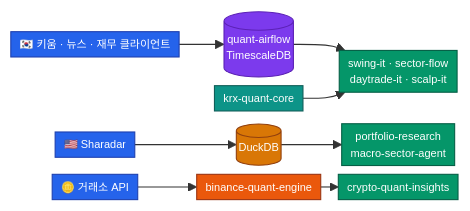
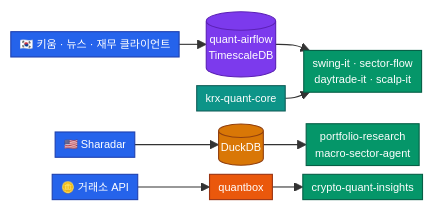
One commit to younghwan91/younghwan91 changed the diagram in README.ko.md. Above: the diagram before and after it, drawn with Mermaid. The commit also changed other lines of this file and 1 other file, not shown here.

Commit message:
docs(profile): 지운 binance-quant-engine 을 quantbox 로 — 흐름도와 크립토 줄 (영·한 동시) (#9)

````diff
--- a/README.ko.md
+++ b/README.ko.md
@@ -15,21 +15,21 @@
 ```mermaid
 %%{init: {"flowchart": {"useMaxWidth": false, "nodeSpacing": 8, "rankSpacing": 16, "padding": 4}, "themeVariables": {"fontSize": "10px"}}}%%
 flowchart LR
     K1["🇰🇷 키움 · 뉴스 · 재무 클라이언트"] --> K2[("quant-airflow<br/>TimescaleDB")] --> K3["swing-it · sector-flow<br/>daytrade-it · scalp-it"]
     KC["krx-quant-core"] --> K3
     U1["🇺🇸 Sharadar"] --> U2[("DuckDB")] --> U3["portfolio-research<br/>macro-sector-agent"]
-    C1["🪙 거래소 API"] --> C2["binance-quant-engine"] --> C3["crypto-quant-insights"]
+    C1["🪙 거래소 API"] --> C2["quantbox"] --> C3["crypto-quant-insights"]
 
     classDef src  fill:#2563EB,stroke:#1E40AF,color:#FFFFFF
     classDef pipe fill:#7C3AED,stroke:#5B21B6,color:#FFFFFF
     classDef db   fill:#D97706,stroke:#92400E,color:#FFFFFF
     classDef core fill:#0D9488,stroke:#115E59,color:#FFFFFF
     classDef res  fill:#059669,stroke:#065F46,color:#FFFFFF
     classDef eng  fill:#EA580C,stroke:#9A3412,color:#FFFFFF
     class K1,U1,C1 src
     class K2 pipe
     class U2 db
     class KC core
     class K3,U3,C3 res
     class C2 eng
 ```
````
